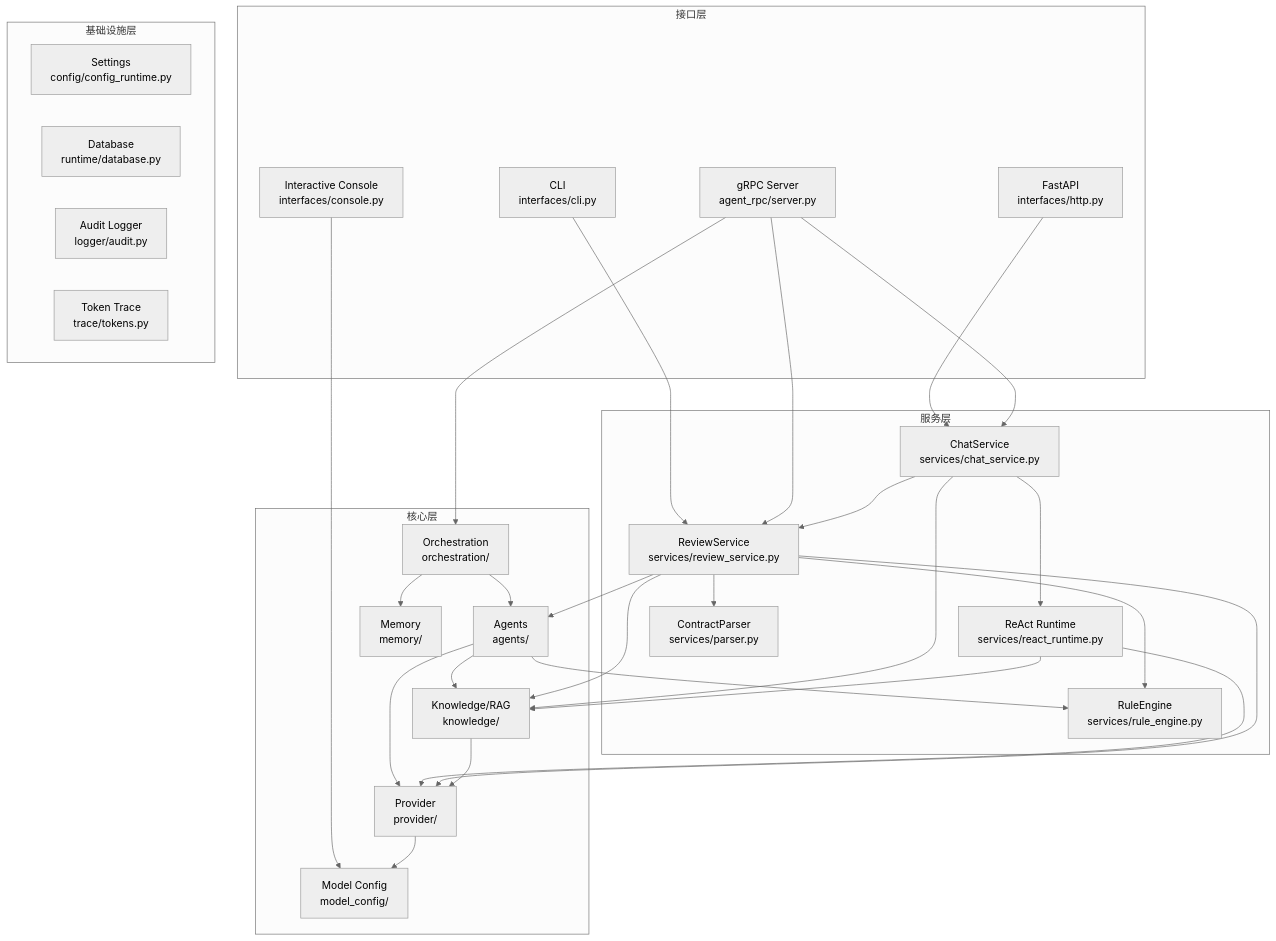
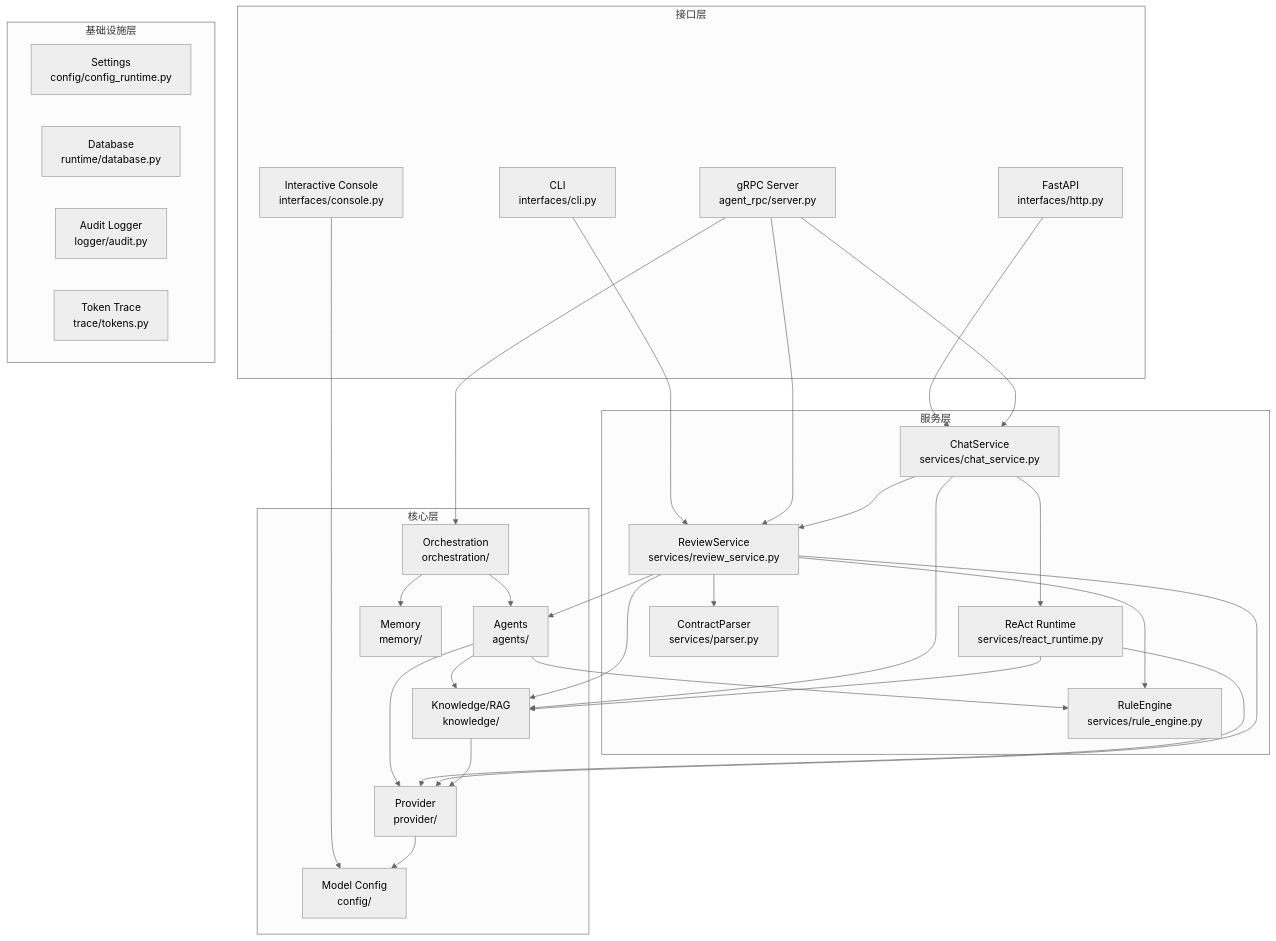
The second of 18 diagrams in docs/architecture.md (xianingawa-wq/contract-agent), drawn with Mermaid (neutral theme) before and after one commit. The commit also changed other lines of this file and 113 other files, not shown here.

````diff
--- a/docs/architecture.md
+++ b/docs/architecture.md
@@ -129,57 +129,57 @@
 ```mermaid
 graph TB
     subgraph 接口层
         CLI[CLI<br/>interfaces/cli.py]
         HTTP[FastAPI<br/>interfaces/http.py]
         GRPC[gRPC Server<br/>agent_rpc/server.py]
         CONSOLE[Interactive Console<br/>interfaces/console.py]
     end
 
     subgraph 服务层
         REVIEW[ReviewService<br/>services/review_service.py]
         CHAT[ChatService<br/>services/chat_service.py]
         REACT[ReAct Runtime<br/>services/react_runtime.py]
         PARSER[ContractParser<br/>services/parser.py]
         RULE[RuleEngine<br/>services/rule_engine.py]
     end
 
     subgraph 核心层
         PROVIDER[Provider<br/>provider/]
         KNOWLEDGE[Knowledge/RAG<br/>knowledge/]
         ORCH[Orchestration<br/>orchestration/]
         AGENTS[Agents<br/>agents/]
         MEMORY[Memory<br/>memory/]
-        MODEL_CFG[Model Config<br/>model_config/]
+        MODEL_CFG[Model Config<br/>config/]
     end
 
     subgraph 基础设施层
         CONFIG[Settings<br/>config/config_runtime.py]
         DB[Database<br/>runtime/database.py]
         LOGGER[Audit Logger<br/>logger/audit.py]
         TRACE[Token Trace<br/>trace/tokens.py]
     end
 
     CLI --> REVIEW
     HTTP --> CHAT
     GRPC --> REVIEW
     GRPC --> CHAT
     GRPC --> ORCH
     CONSOLE --> MODEL_CFG
     REVIEW --> PARSER
     REVIEW --> RULE
     REVIEW --> KNOWLEDGE
     REVIEW --> AGENTS
     CHAT --> REACT
     CHAT --> KNOWLEDGE
     CHAT --> REVIEW
     ORCH --> AGENTS
     ORCH --> MEMORY
     AGENTS --> PROVIDER
     AGENTS --> RULE
     AGENTS --> KNOWLEDGE
     REACT --> PROVIDER
     REACT --> KNOWLEDGE
     REVIEW --> PROVIDER
     KNOWLEDGE --> PROVIDER
     PROVIDER --> MODEL_CFG
 ```
````
